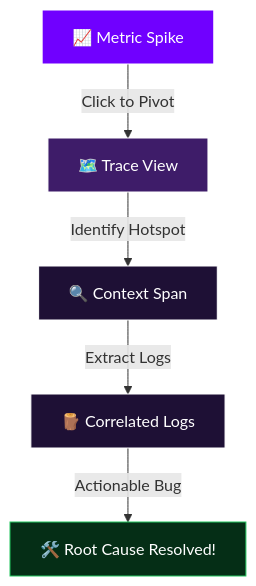
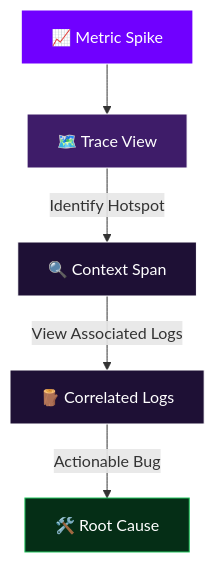
Before and after one commit to iamtimaustin/talk_observability: the diagram in slides.md, drawn with Mermaid. The commit also changed other lines of this file and 7 other files, not shown here.

````diff
--- a/slides.md
+++ b/slides.md
@@ -213,12 +249,12 @@
 ```mermaid {theme: 'neutral', scale: 0.7}
 flowchart TD
-    A[📈 Metric Spike] -->|Click to Pivot| B[🗺️ Trace View]
+    A[📈 Metric Spike] --> B[🗺️ Trace View]
     B -->|Identify Hotspot| C[🔍 Context Span]
-    C -->|Extract Logs| D[🪵 Correlated Logs]
-    D -->|Actionable Bug| E[🛠️ Root Cause Resolved!]
+    C -->|View Associated Logs| D[🪵 Correlated Logs]
+    D -->|Actionable Bug| E[🛠️ Root Cause]
     style A fill:#7000FF,stroke:#fff,color:#fff
     style B fill:#3e1c69,stroke:#fff,color:#fff
     style C fill:#1e1035,stroke:#fff,color:#fff
     style D fill:#1e1035,stroke:#fff,color:#fff
     style E fill:#052e16,stroke:#22c55e,color:#fff
 ```
````
